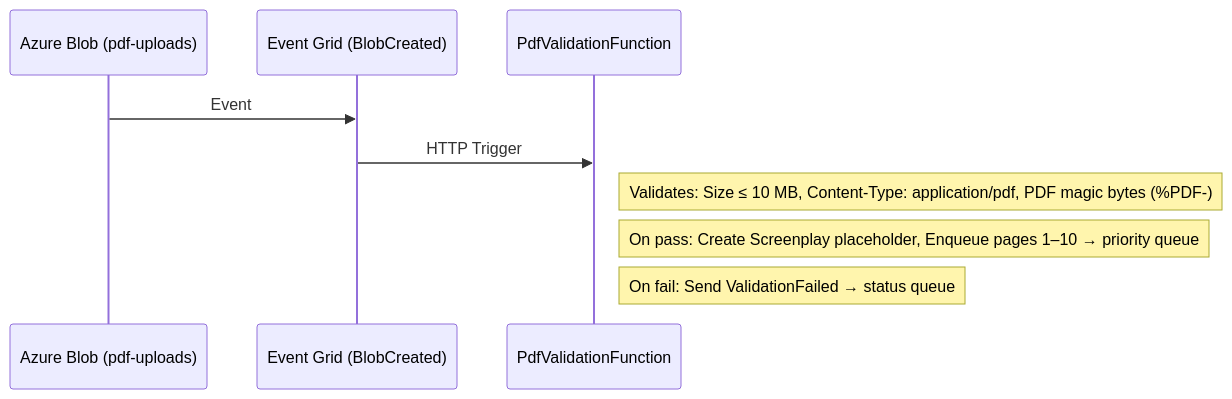
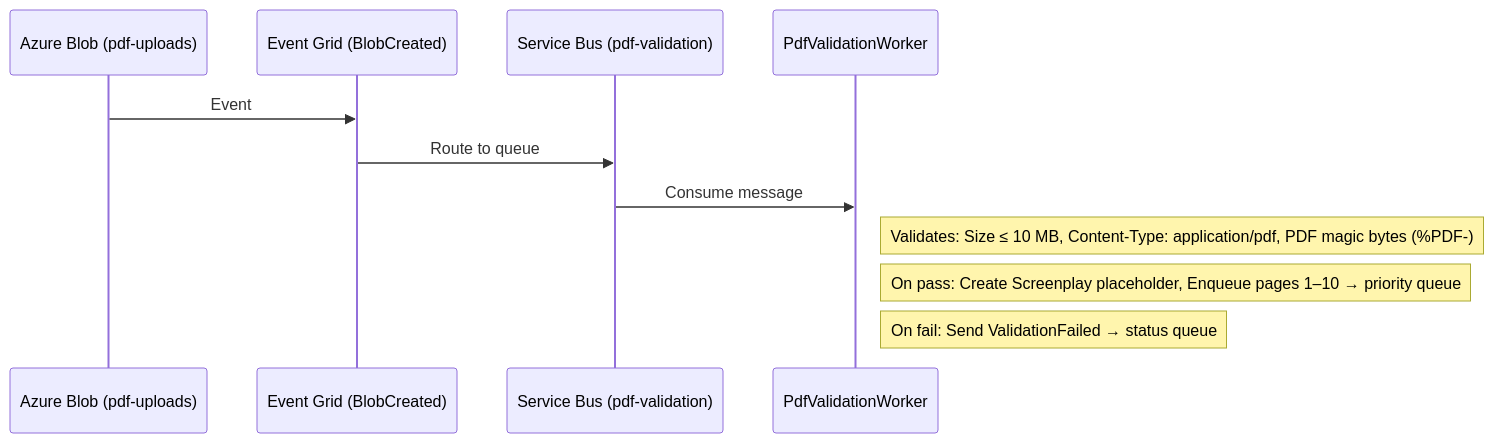
The fourth of 8 diagrams in README.md (duncan-G/ThePlot), drawn with Mermaid before and after one commit. The commit also changed other lines of this file and 14 other files, not shown here.

Commit message:
replace validation function with validation worker for improved performance

````diff
--- a/README.md
+++ b/README.md
@@ -77,12 +77,14 @@
 ```mermaid
 sequenceDiagram
     participant Blob as Azure Blob (pdf-uploads)
     participant EG as Event Grid (BlobCreated)
-    participant Func as PdfValidationFunction
+    participant SB as Service Bus (pdf-validation)
+    participant Worker as PdfValidationWorker
 
     Blob->>EG: Event
-    EG->>Func: HTTP Trigger
-    Note right of Func: Validates: Size ≤ 10 MB, Content-Type: application/pdf, PDF magic bytes (%PDF-)
-    Note right of Func: On pass: Create Screenplay placeholder, Enqueue pages 1–10 → priority queue
-    Note right of Func: On fail: Send ValidationFailed → status queue
+    EG->>SB: Route to queue
+    SB->>Worker: Consume message
+    Note right of Worker: Validates: Size ≤ 10 MB, Content-Type: application/pdf, PDF magic bytes (%PDF-)
+    Note right of Worker: On pass: Create Screenplay placeholder, Enqueue pages 1–10 → priority queue
+    Note right of Worker: On fail: Send ValidationFailed → status queue
 ```
````
